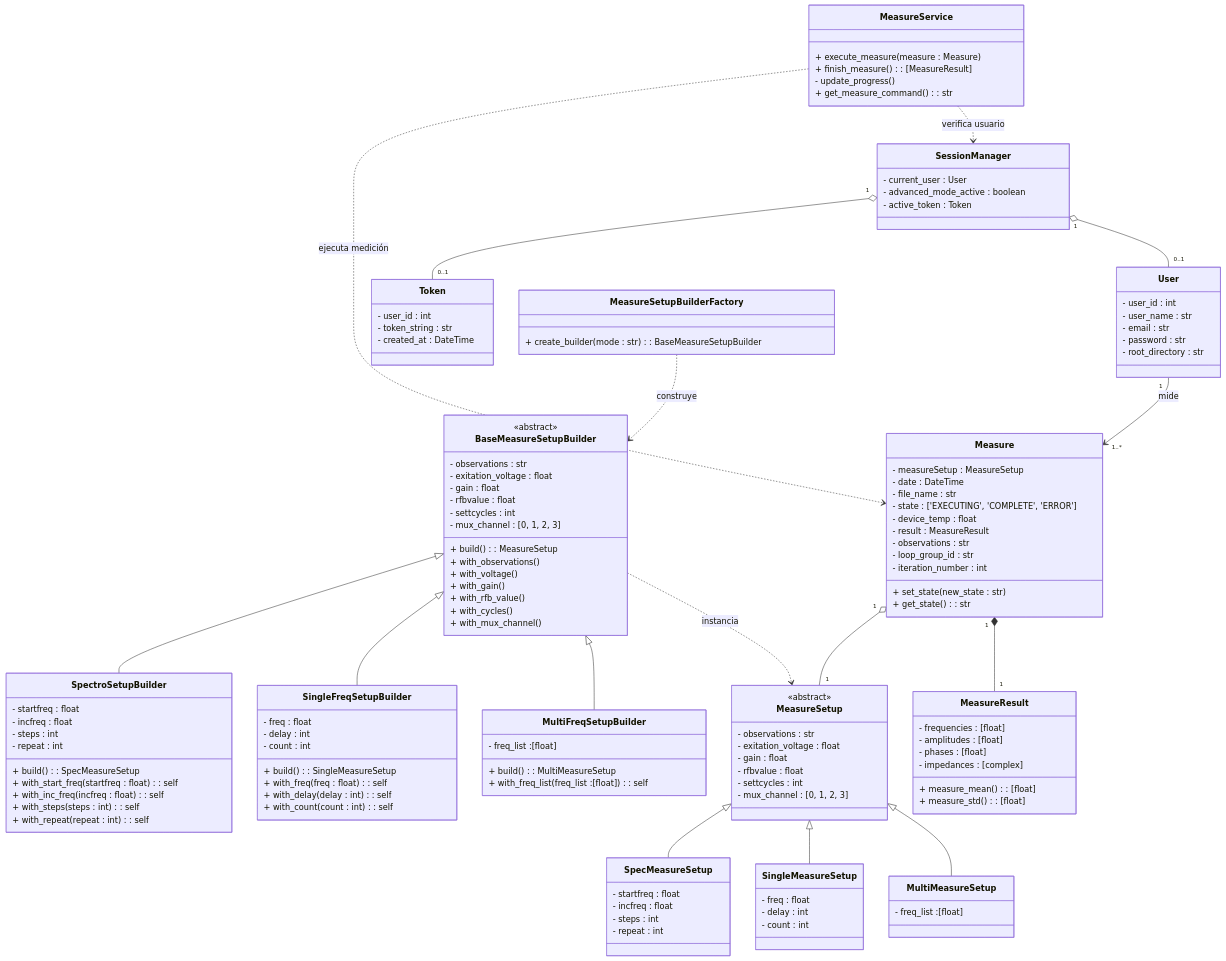
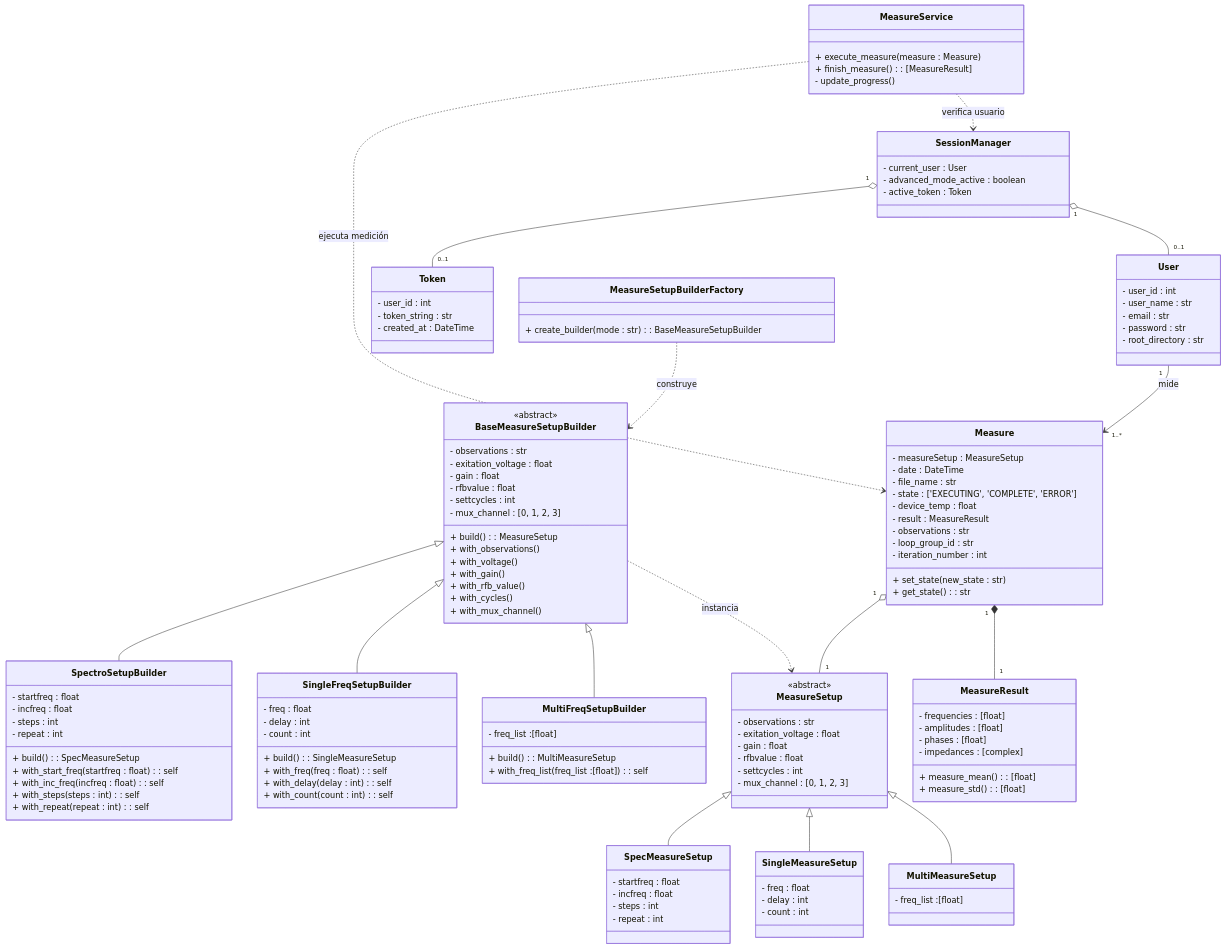
One commit to alegrelias/Repo-GMini changed the fourth of 6 diagrams in Gmini-MarkDown/Diagramas/Clases Conceptuales.md. Above: the diagram before and after it, drawn with Mermaid. The commit also changed other lines of this file, not shown here.

Commit message:
Se modifica diagrama de clases

```diff
--- a/Gmini-MarkDown/Diagramas/Clases Conceptuales.md
+++ b/Gmini-MarkDown/Diagramas/Clases Conceptuales.md
@@ -579,7 +612,6 @@
 	+ execute_measure(measure : Measure)
 	+ finish_measure() : [MeasureResult]
 	- update_progress()
-	+ get_measure_command() : str
 }
 
 %% builder patern
```
